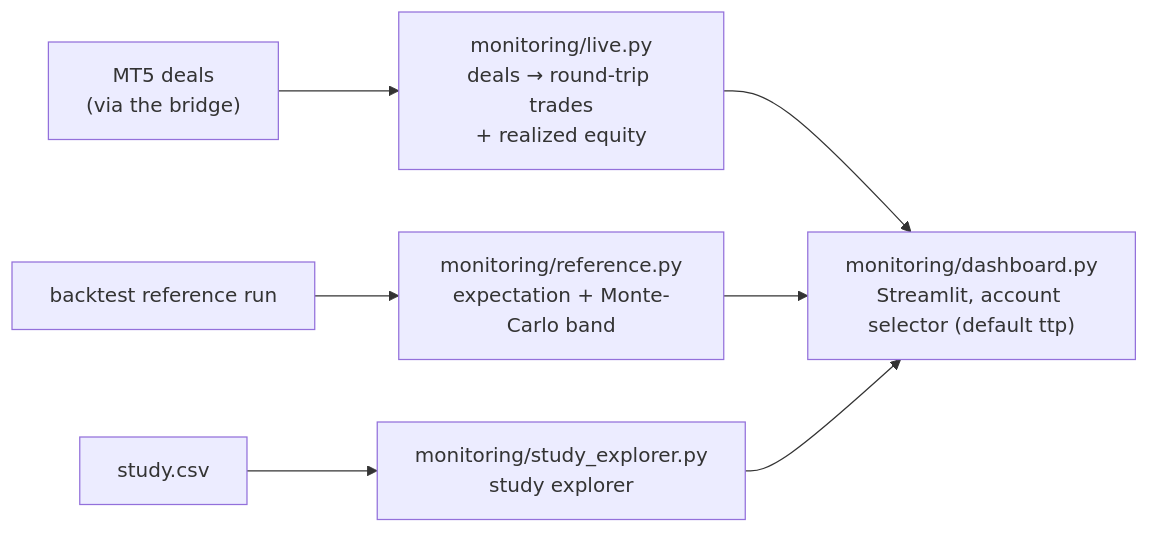
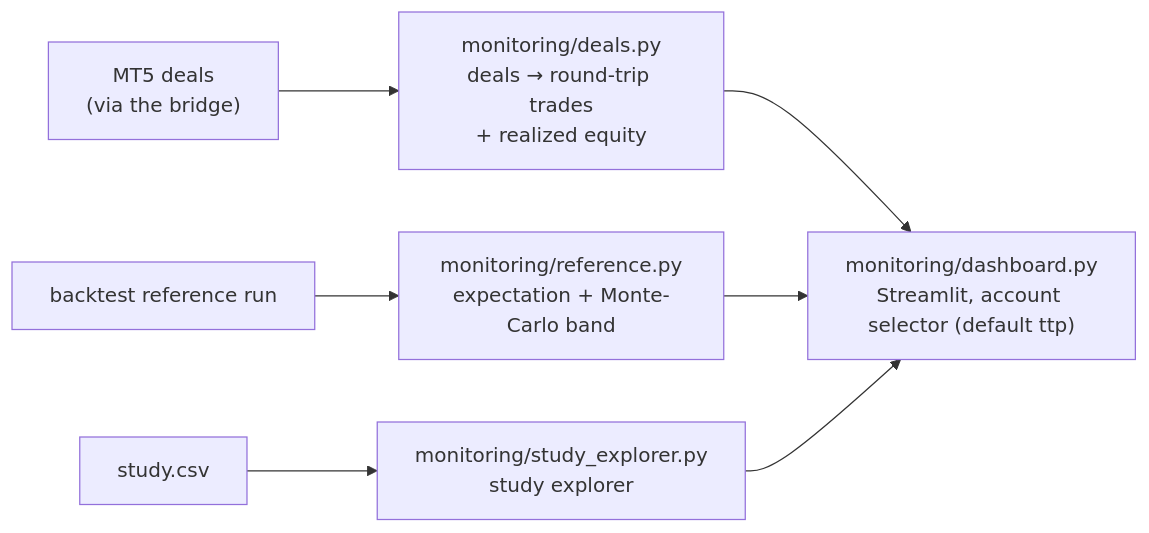
The fourth of 5 diagrams in docs/architecture.md (QPlus-Capital/trading-system), drawn with Mermaid before and after one commit. The commit also changed other lines of this file and 3 other files, not shown here.

First line of the commit message:
docs: refresh architecture.md module map + fix stale module paths across docs

````diff
--- a/docs/architecture.md
+++ b/docs/architecture.md
@@ -154,9 +154,9 @@
 ```mermaid
 flowchart LR
-    DEALS["MT5 deals<br/>(via the bridge)"] --> LIVEM["monitoring/live.py<br/>deals → round-trip trades<br/>+ realized equity"]
+    DEALS["MT5 deals<br/>(via the bridge)"] --> LIVEM["monitoring/deals.py<br/>deals → round-trip trades<br/>+ realized equity"]
     REF["backtest reference run"] --> REFM["monitoring/reference.py<br/>expectation + Monte-Carlo band"]
     STUDY2["study.csv"] --> RES["monitoring/study_explorer.py<br/>study explorer"]
     LIVEM --> DASH["monitoring/dashboard.py<br/>Streamlit, account selector (default ttp)"]
     REFM --> DASH
     RES --> DASH
 ```
````
